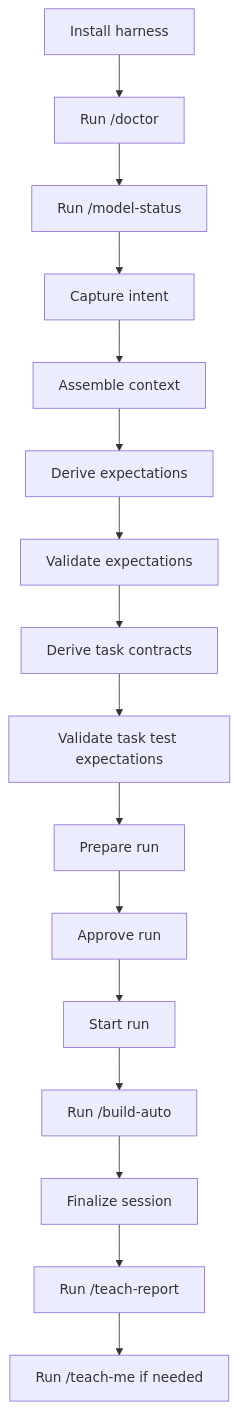
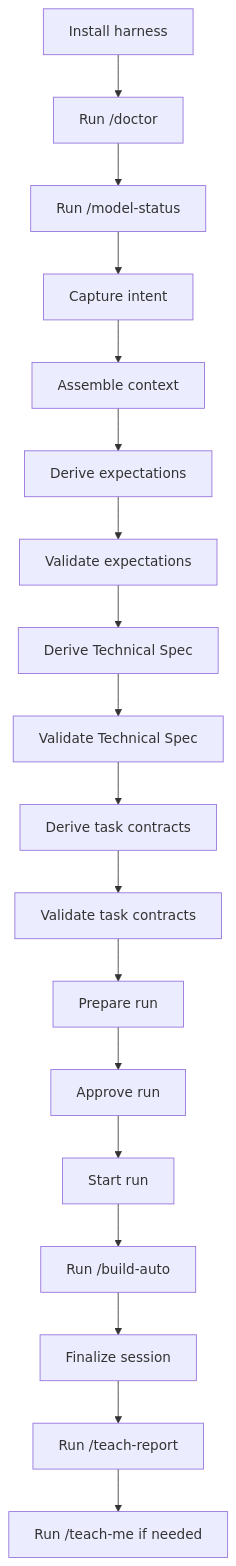
The second of 4 diagrams in docs/operator-manual/README.md (Faraaz54/agent_harness), drawn with Mermaid before and after one commit. The commit also changed other lines of this file and 84 other files, not shown here.

Commit message:
added technical spec creation feature using intent, bootstrap, and the project pack context.

````diff
--- a/docs/operator-manual/README.md
+++ b/docs/operator-manual/README.md
@@ -24,18 +26,20 @@
 ```mermaid
 flowchart TD
     A[Install harness] --> B[Run /doctor]
     B --> C[Run /model-status]
     C --> D[Capture intent]
     D --> E[Assemble context]
     E --> F[Derive expectations]
     F --> G[Validate expectations]
-    G --> H[Derive task contracts]
-    H --> I[Validate task test expectations]
-    I --> J[Prepare run]
-    J --> K[Approve run]
-    K --> L[Start run]
-    L --> M[Run /build-auto]
-    M --> N[Finalize session]
-    N --> O[Run /teach-report]
-    O --> P[Run /teach-me if needed]
+    G --> H[Derive Technical Spec]
+    H --> I[Validate Technical Spec]
+    I --> J[Derive task contracts]
+    J --> K[Validate task contracts]
+    K --> L[Prepare run]
+    L --> M[Approve run]
+    M --> N[Start run]
+    N --> O[Run /build-auto]
+    O --> P[Finalize session]
+    P --> Q[Run /teach-report]
+    Q --> R[Run /teach-me if needed]
 ```
````
